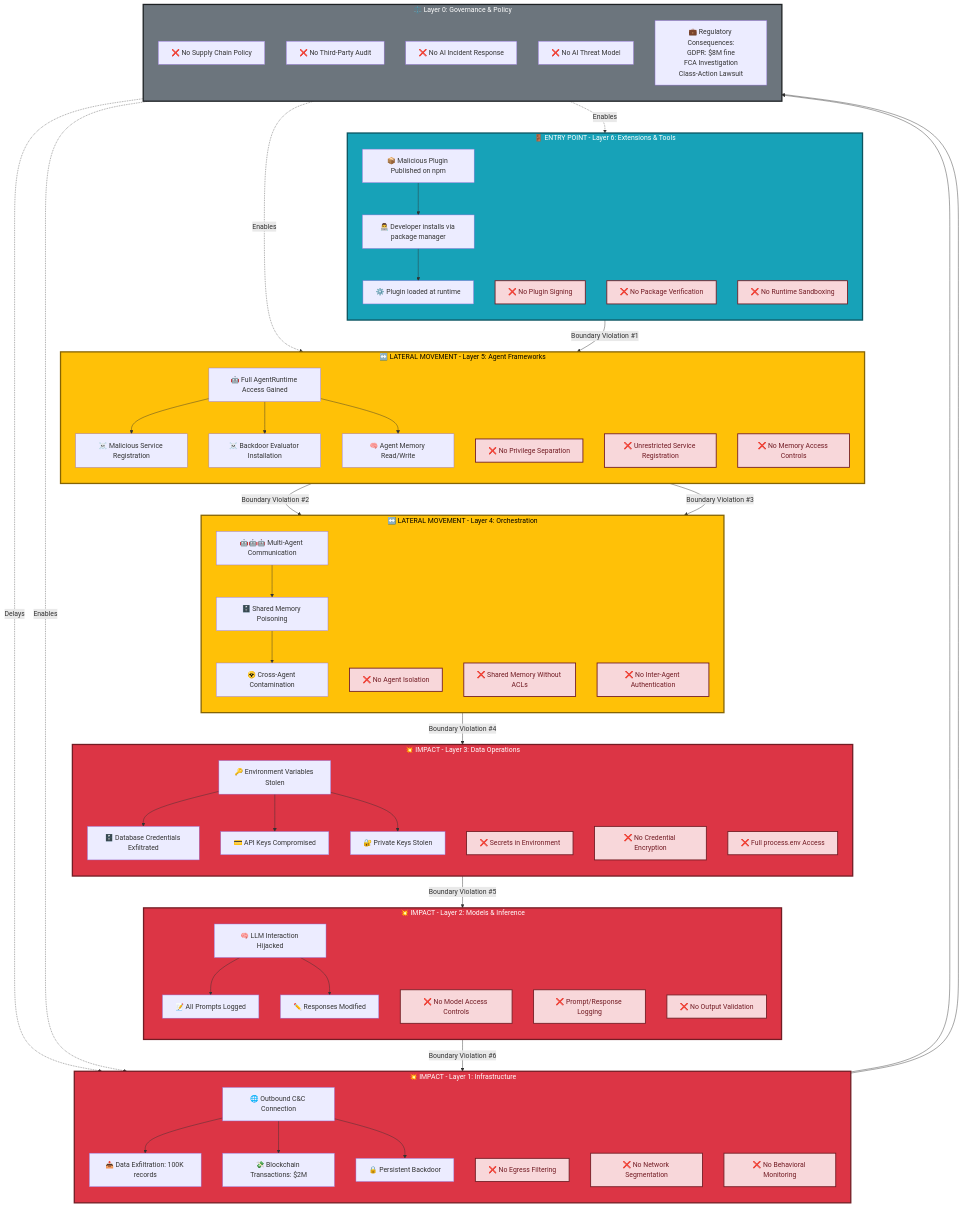
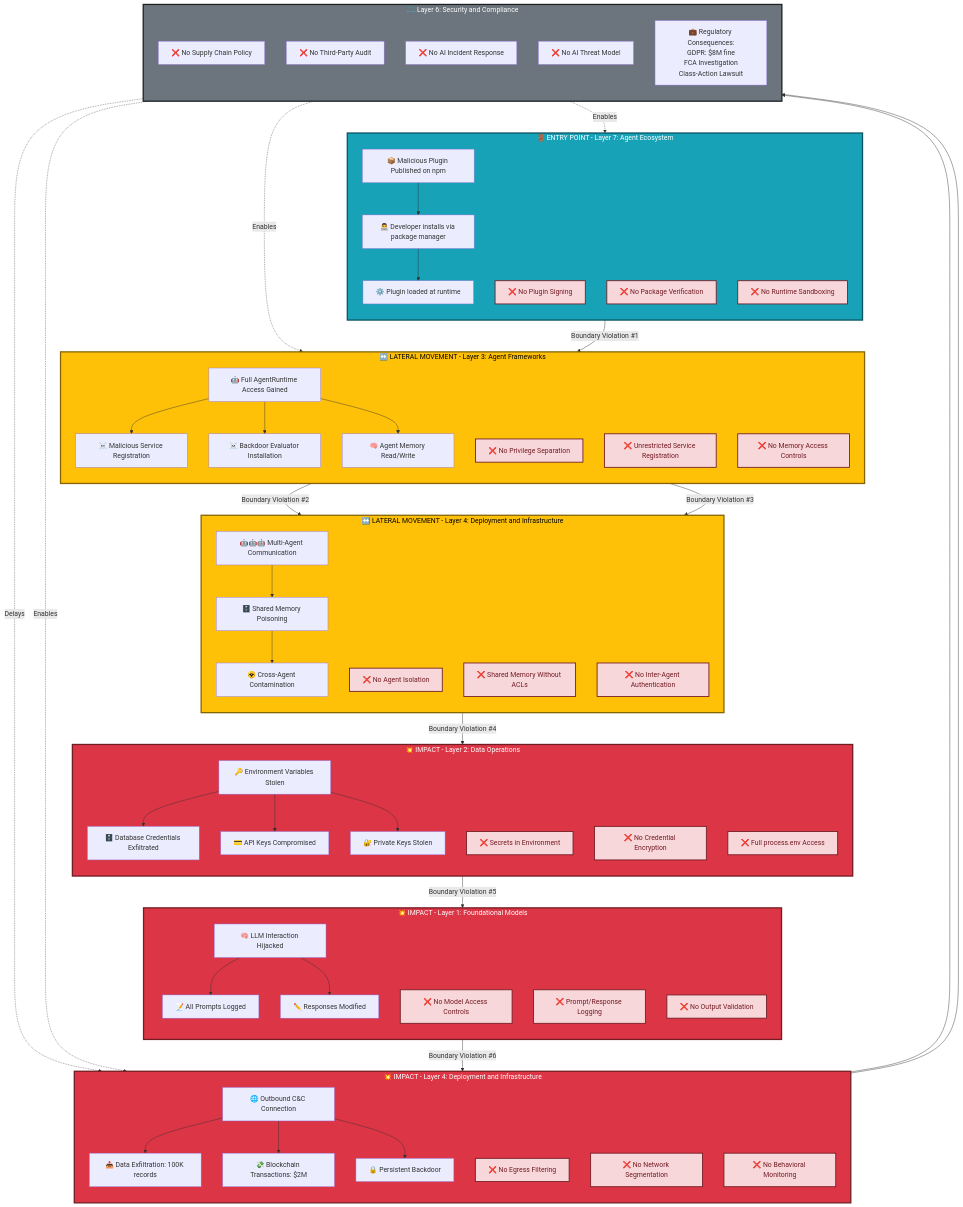
Before and after one commit to mondweep/agentic-ai-security-demo-rela8group-ciso-london-summit: the third of 5 diagrams in presentation/diagrams/plugin-supply-chain-attack-path.md, drawn with Mermaid. The commit also changed other lines of this file, not shown here.

````diff
--- a/presentation/diagrams/plugin-supply-chain-attack-path.md
+++ b/presentation/diagrams/plugin-supply-chain-attack-path.md
@@ -309,6 +309,6 @@
 ```mermaid
 graph TD
-    subgraph Entry["🚪 ENTRY POINT - Layer 6: Extensions & Tools"]
+    subgraph Entry["🚪 ENTRY POINT - Layer 7: Agent Ecosystem"]
         direction TB
         Plugin[📦 Malicious Plugin Published on npm]
         Install[👨‍💻 Developer installs via package manager]
@@ -322,7 +322,7 @@
         EntryVuln3[❌ No Runtime Sandboxing]
     end
 
-    subgraph Lateral1["↔️ LATERAL MOVEMENT - Layer 5: Agent Frameworks"]
+    subgraph Lateral1["↔️ LATERAL MOVEMENT - Layer 3: Agent Frameworks"]
         direction TB
         RuntimeAccess[🤖 Full AgentRuntime Access Gained]
         ServiceReg[☠️ Malicious Service Registration]
@@ -338,7 +338,7 @@
         LateralVuln3[❌ No Memory Access Controls]
     end
 
-    subgraph Lateral2["↔️ LATERAL MOVEMENT - Layer 4: Orchestration"]
+    subgraph Lateral2["↔️ LATERAL MOVEMENT - Layer 4: Deployment and Infrastructure"]
         direction TB
         MultiAgent[🤖🤖🤖 Multi-Agent Communication]
         SharedMem[🗄️ Shared Memory Poisoning]
@@ -352,7 +352,7 @@
         OrchVuln3[❌ No Inter-Agent Authentication]
     end
 
-    subgraph Impact1["💥 IMPACT - Layer 3: Data Operations"]
+    subgraph Impact1["💥 IMPACT - Layer 2: Data Operations"]
         direction TB
         EnvVars[🔑 Environment Variables Stolen]
         DBAccess[🗄️ Database Credentials Exfiltrated]
@@ -368,7 +368,7 @@
         DataVuln3[❌ Full process.env Access]
     end
 
-    subgraph Impact2["💥 IMPACT - Layer 2: Models & Inference"]
+    subgraph Impact2["💥 IMPACT - Layer 1: Foundational Models"]
         direction TB
         ModelAccess[🧠 LLM Interaction Hijacked]
         PromptLog[📝 All Prompts Logged]
@@ -382,7 +382,7 @@
         ModelVuln3[❌ No Output Validation]
     end
 
-    subgraph Impact3["💥 IMPACT - Layer 1: Infrastructure"]
+    subgraph Impact3["💥 IMPACT - Layer 4: Deployment and Infrastructure"]
         direction TB
         NetworkEgress[🌐 Outbound C&C Connection]
         DataExfil[📤 Data Exfiltration: 100K records]
@@ -398,7 +398,7 @@
         InfraVuln3[❌ No Behavioral Monitoring]
     end
 
-    subgraph Governance["⚖️ Layer 0: Governance & Policy"]
+    subgraph Governance["⚖️ Layer 6: Security and Compliance"]
         direction TB
         NoPolicy[❌ No Supply Chain Policy]
         NoAudit[❌ No Third-Party Audit]
````
